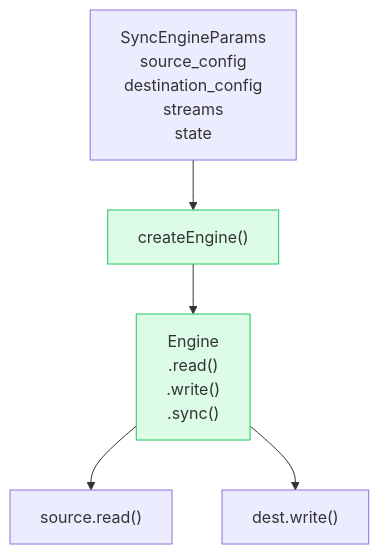
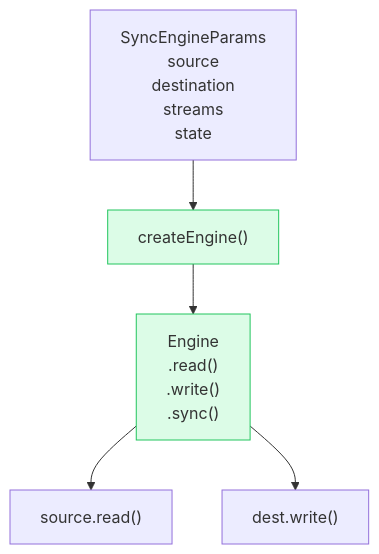
One commit to supabase/stripe-sync-engine changed the seventh of 10 diagrams in docs/slides/demo.md. Above: the diagram before and after it, drawn with Mermaid. The commit also changed other lines of this file and 12 other files, not shown here.

First line of the commit message:
fix: update all shell tests, docs, and e2e scripts for new SyncParams wire format

````diff
--- a/docs/slides/demo.md
+++ b/docs/slides/demo.md
@@ -363,12 +363,12 @@
 ```mermaid
 flowchart TD
-  P["SyncEngineParams\nsource_config\ndestination_config\nstreams\nstate"]
+  P["SyncEngineParams\nsource\ndestination\nstreams\nstate"]
   CE["createEngine()"]
   EN["Engine\n.read()\n.write()\n.sync()"]
   P --> CE
   CE --> EN
   EN --> SRC["source.read()"]
   EN --> DST["dest.write()"]
   style CE fill:#dcfce7,stroke:#22c55e
   style EN fill:#dcfce7,stroke:#22c55e
 ```
````
